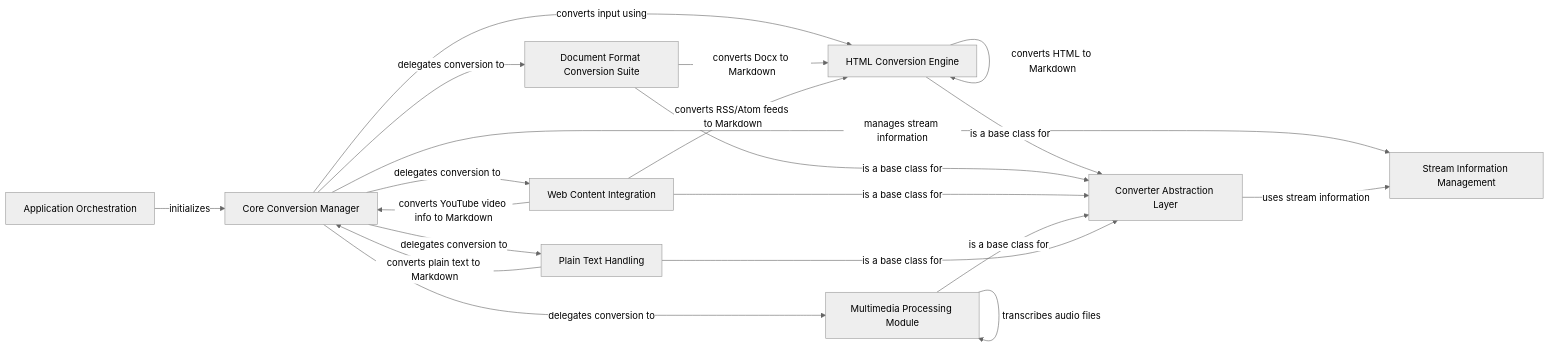
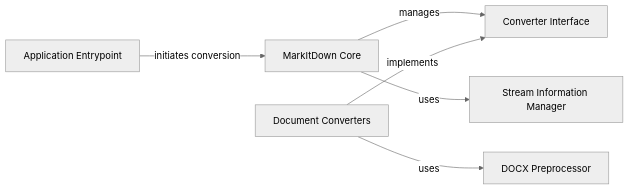
Before and after one commit to CodeBoarding/GeneratedOnBoardings: the diagram in markitdown/on_boarding.md, drawn with Mermaid (neutral theme). The commit also changed other lines of this file and 17 other files, not shown here.

````diff
--- a/markitdown/on_boarding.md
+++ b/markitdown/on_boarding.md
@@ -1,42 +1,20 @@
 ```mermaid
 graph LR
-    Application_Orchestration["Application Orchestration"]
-    Core_Conversion_Manager["Core Conversion Manager"]
-    Stream_Information_Management["Stream Information Management"]
-    Converter_Abstraction_Layer["Converter Abstraction Layer"]
-    HTML_Conversion_Engine["HTML Conversion Engine"]
-    Document_Format_Conversion_Suite["Document Format Conversion Suite"]
-    Web_Content_Integration["Web Content Integration"]
-    Multimedia_Processing_Module["Multimedia Processing Module"]
-    Plain_Text_Handling["Plain Text Handling"]
-    Application_Orchestration -- "initializes" --> Core_Conversion_Manager
-    Core_Conversion_Manager -- "converts input using" --> HTML_Conversion_Engine
-    HTML_Conversion_Engine -- "converts HTML to Markdown" --> HTML_Conversion_Engine
-    Document_Format_Conversion_Suite -- "converts Docx to Markdown" --> HTML_Conversion_Engine
-    Web_Content_Integration -- "converts YouTube video info to Markdown" --> Core_Conversion_Manager
-    Web_Content_Integration -- "converts RSS/Atom feeds to Markdown" --> HTML_Conversion_Engine
-    Plain_Text_Handling -- "converts plain text to Markdown" --> Core_Conversion_Manager
-    Multimedia_Processing_Module -- "extracts metadata from images" --> Multimedia_Processing_Module
-    Multimedia_Processing_Module -- "extracts metadata from audio files" --> Multimedia_Processing_Module
-    Multimedia_Processing_Module -- "transcribes audio files" --> Multimedia_Processing_Module
-    Core_Conversion_Manager -- "manages stream information" --> Stream_Information_Management
-    Converter_Abstraction_Layer -- "uses stream information" --> Stream_Information_Management
-    HTML_Conversion_Engine -- "is a base class for" --> Converter_Abstraction_Layer
-    Document_Format_Conversion_Suite -- "is a base class for" --> Converter_Abstraction_Layer
-    Web_Content_Integration -- "is a base class for" --> Converter_Abstraction_Layer
-    Multimedia_Processing_Module -- "is a base class for" --> Converter_Abstraction_Layer
-    Plain_Text_Handling -- "is a base class for" --> Converter_Abstraction_Layer
-    Core_Conversion_Manager -- "delegates conversion to" --> Document_Format_Conversion_Suite
-    Core_Conversion_Manager -- "delegates conversion to" --> Web_Content_Integration
-    Core_Conversion_Manager -- "delegates conversion to" --> Multimedia_Processing_Module
-    Core_Conversion_Manager -- "delegates conversion to" --> Plain_Text_Handling
-    click Application_Orchestration href "https://github.com/CodeBoarding/GeneratedOnBoardings/blob/main/markitdown/Application Orchestration.md" "Details"
-    click Core_Conversion_Manager href "https://github.com/CodeBoarding/GeneratedOnBoardings/blob/main/markitdown/Core Conversion Manager.md" "Details"
-    click Stream_Information_Management href "https://github.com/CodeBoarding/GeneratedOnBoardings/blob/main/markitdown/Stream Information Management.md" "Details"
-    click Converter_Abstraction_Layer href "https://github.com/CodeBoarding/GeneratedOnBoardings/blob/main/markitdown/Converter Abstraction Layer.md" "Details"
-    click HTML_Conversion_Engine href "https://github.com/CodeBoarding/GeneratedOnBoardings/blob/main/markitdown/HTML Conversion Engine.md" "Details"
-    click Document_Format_Conversion_Suite href "https://github.com/CodeBoarding/GeneratedOnBoardings/blob/main/markitdown/Document Format Conversion Suite.md" "Details"
-    click Web_Content_Integration href "https://github.com/CodeBoarding/GeneratedOnBoardings/blob/main/markitdown/Web Content Integration.md" "Details"
-    click Multimedia_Processing_Module href "https://github.com/CodeBoarding/GeneratedOnBoardings/blob/main/markitdown/Multimedia Processing Module.md" "Details"
-    click Plain_Text_Handling href "https://github.com/CodeBoarding/GeneratedOnBoardings/blob/main/markitdown/Plain Text Handling.md" "Details"
+    Application_Entrypoint["Application Entrypoint"]
+    MarkItDown_Core["MarkItDown Core"]
+    Converter_Interface["Converter Interface"]
+    Stream_Information_Manager["Stream Information Manager"]
+    Document_Converters["Document Converters"]
+    DOCX_Preprocessor["DOCX Preprocessor"]
+    Application_Entrypoint -- "initiates conversion" --> MarkItDown_Core
+    MarkItDown_Core -- "manages" --> Converter_Interface
+    MarkItDown_Core -- "uses" --> Stream_Information_Manager
+    Document_Converters -- "implements" --> Converter_Interface
+    Document_Converters -- "uses" --> DOCX_Preprocessor
+    click Application_Entrypoint href "https://github.com/CodeBoarding/GeneratedOnBoardings/blob/main/markitdown/Application Entrypoint.md" "Details"
+    click MarkItDown_Core href "https://github.com/CodeBoarding/GeneratedOnBoardings/blob/main/markitdown/MarkItDown Core.md" "Details"
+    click Converter_Interface href "https://github.com/CodeBoarding/GeneratedOnBoardings/blob/main/markitdown/Converter Interface.md" "Details"
+    click Stream_Information_Manager href "https://github.com/CodeBoarding/GeneratedOnBoardings/blob/main/markitdown/Stream Information Manager.md" "Details"
+    click Document_Converters href "https://github.com/CodeBoarding/GeneratedOnBoardings/blob/main/markitdown/Document Converters.md" "Details"
+    click DOCX_Preprocessor href "https://github.com/CodeBoarding/GeneratedOnBoardings/blob/main/markitdown/DOCX Preprocessor.md" "Details"
 ```
````
